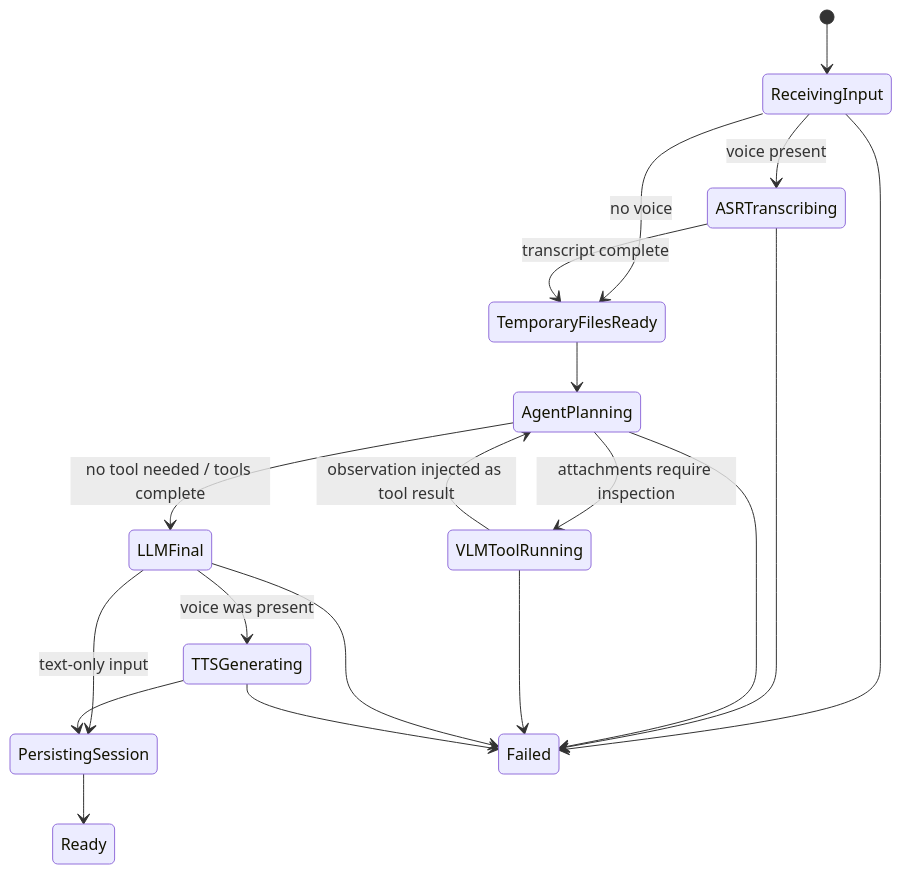
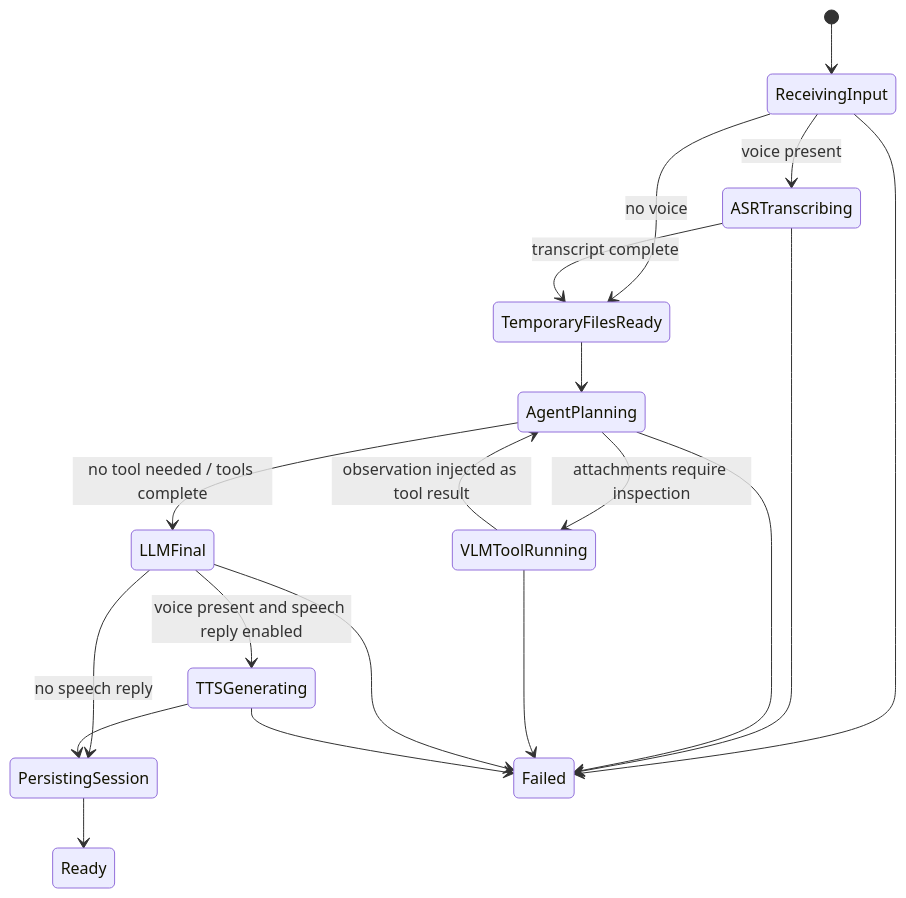
Before and after one commit to miguelamendez/mica-server: the diagram in docs/design/agent-chat-state-machine.md, drawn with Mermaid. The commit also changed other lines of this file and 8 other files, not shown here.

````diff
--- a/docs/design/agent-chat-state-machine.md
+++ b/docs/design/agent-chat-state-machine.md
@@ -12,23 +27,23 @@
 ```mermaid
 stateDiagram-v2
     [*] --> ReceivingInput
     ReceivingInput --> ASRTranscribing: voice present
     ReceivingInput --> TemporaryFilesReady: no voice
     ASRTranscribing --> TemporaryFilesReady: transcript complete
 
     TemporaryFilesReady --> AgentPlanning
     AgentPlanning --> VLMToolRunning: attachments require inspection
     VLMToolRunning --> AgentPlanning: observation injected as tool result
     AgentPlanning --> LLMFinal: no tool needed / tools complete
-    LLMFinal --> TTSGenerating: voice was present
-    LLMFinal --> PersistingSession: text-only input
+    LLMFinal --> TTSGenerating: voice present and speech reply enabled
+    LLMFinal --> PersistingSession: no speech reply
     TTSGenerating --> PersistingSession
     PersistingSession --> Ready
 
     ReceivingInput --> Failed
     ASRTranscribing --> Failed
     AgentPlanning --> Failed
     VLMToolRunning --> Failed
     LLMFinal --> Failed
     TTSGenerating --> Failed
 ```
````
